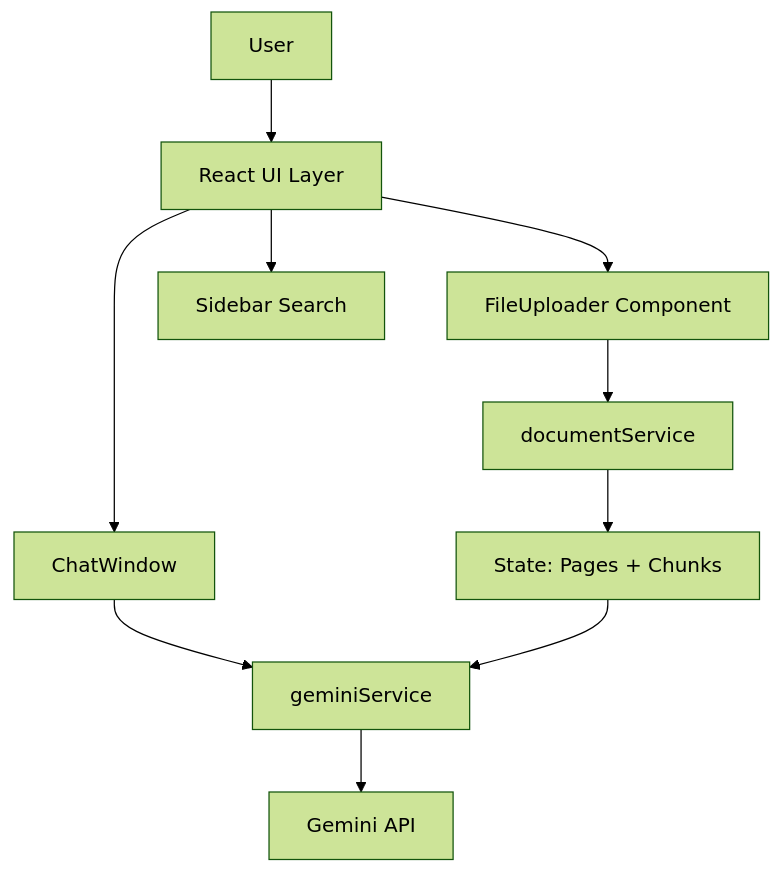
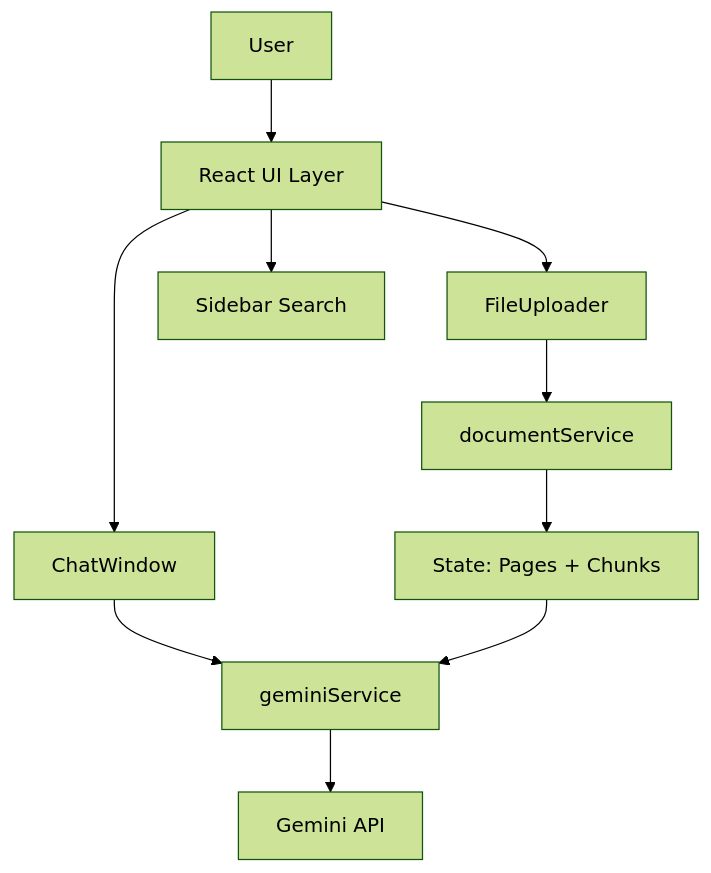
One commit to Aakashi06/DocuMind changed the diagram in README.md. Above: the diagram before and after it, drawn with Mermaid (forest theme). The commit also changed other lines of this file, not shown here.

````diff
--- a/README.md
+++ b/README.md
@@ -56,12 +57,12 @@
 ```mermaid
 graph TD
     A[User] --> B[React UI Layer]
-    B --> C[FileUploader Component]
+    B --> C[FileUploader]
     C --> D[documentService]
     D --> E[State: Pages + Chunks]
     B --> F[ChatWindow]
     F --> G[geminiService]
     G --> H[Gemini API]
     E --> G
     B --> I[Sidebar Search]
 ```
````
